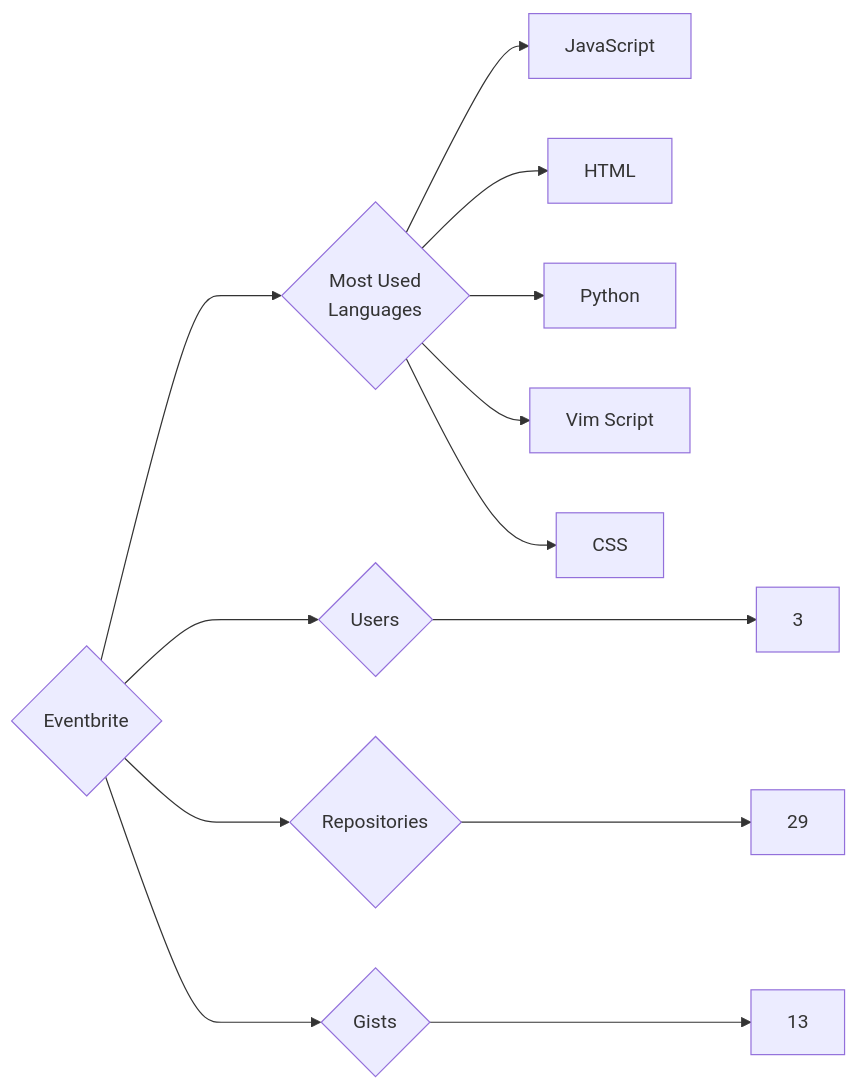
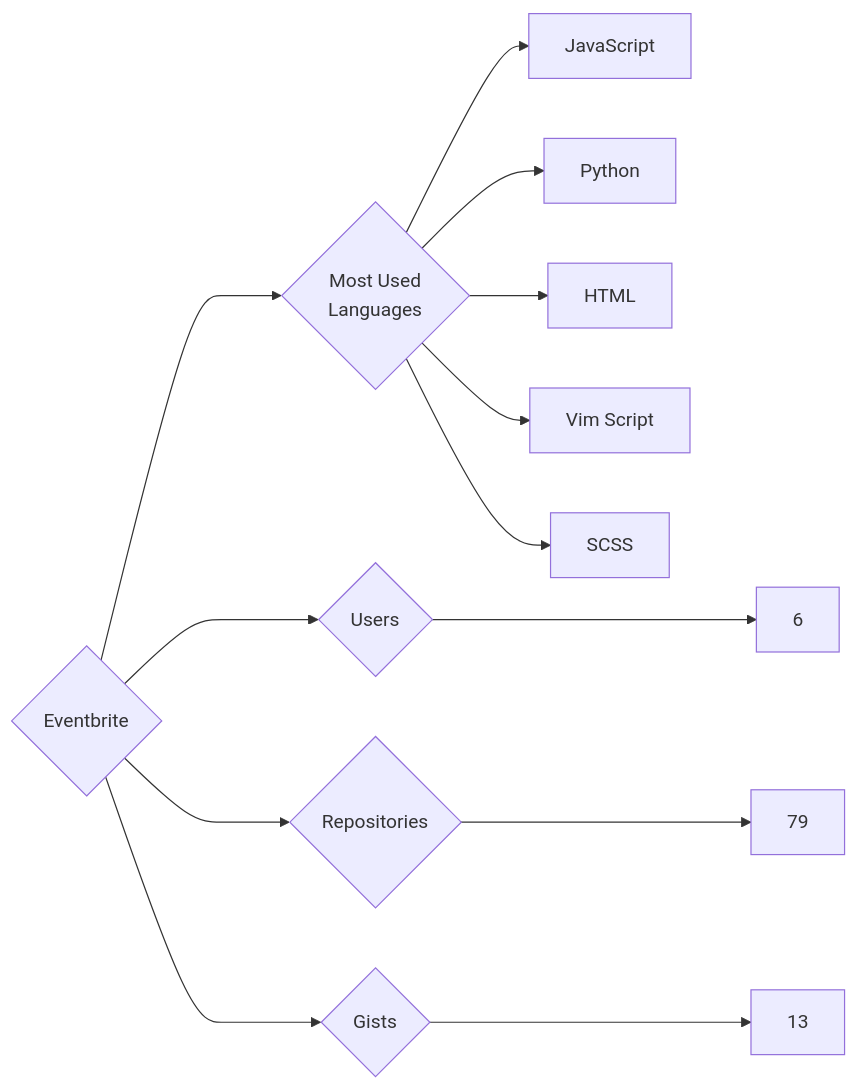
One commit to trickest/insiders changed the diagram in targets/Eventbrite/README.md. Above: the diagram before and after it, drawn with Mermaid. The commit also changed 679 other files, not shown here.

````diff
--- a/targets/Eventbrite/README.md
+++ b/targets/Eventbrite/README.md
@@ -3,13 +3,13 @@
 ```mermaid
 graph LR
 COMPANY_NAME{Eventbrite}
-COMPANY_NAME ---> U{Users} ---> UN[3]
-COMPANY_NAME ---> R{Repositories} ---> RN[29]
+COMPANY_NAME ---> U{Users} ---> UN[6]
+COMPANY_NAME ---> R{Repositories} ---> RN[79]
 COMPANY_NAME ---> G{Gists} ---> GN[13]
 COMPANY_NAME ---> ML{Most Used<br>Languages}
 ML --> JavaScript[JavaScript]
+ML --> Python[Python]
 ML --> HTML[HTML]
-ML --> Python[Python]
 ML --> Vim_Script[Vim Script]
-ML --> CSS[CSS]
+ML --> SCSS[SCSS]
 ```
````
